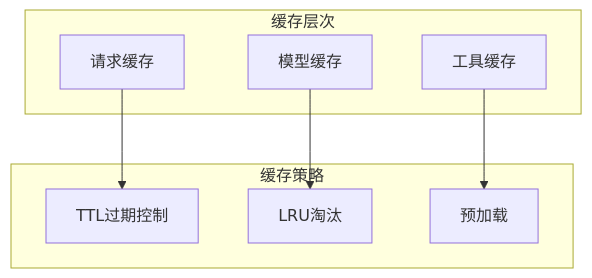
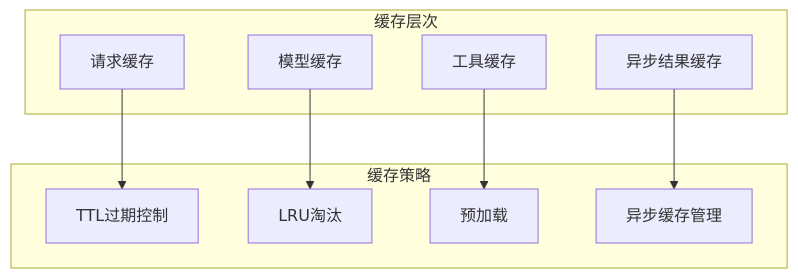
One commit to maomao94/zero-service changed diagram 13 of 14 in .qoder/repowiki/zh/content/AI聊天服务迁移指南.md. Above: the diagram before and after it, drawn with Mermaid. The commit also changed other lines of this file and 42 other files, not shown here.

````diff
--- a/.qoder/repowiki/zh/content/AI聊天服务迁移指南.md
+++ b/.qoder/repowiki/zh/content/AI聊天服务迁移指南.md
@@ -481,16 +673,19 @@
 ```mermaid
 graph TB
 subgraph "缓存层次"
 RequestCache[请求缓存]
 ModelCache[模型缓存]
 ToolCache[工具缓存]
+AsyncCache[异步结果缓存]
 end
 subgraph "缓存策略"
 TTL[TTL过期控制]
 Eviction[LRU淘汰]
 Prefetch[预加载]
+AsyncTTL[异步缓存管理]
 end
 RequestCache --> TTL
 ModelCache --> Eviction
 ToolCache --> Prefetch
+AsyncCache --> AsyncTTL
 ```
````
